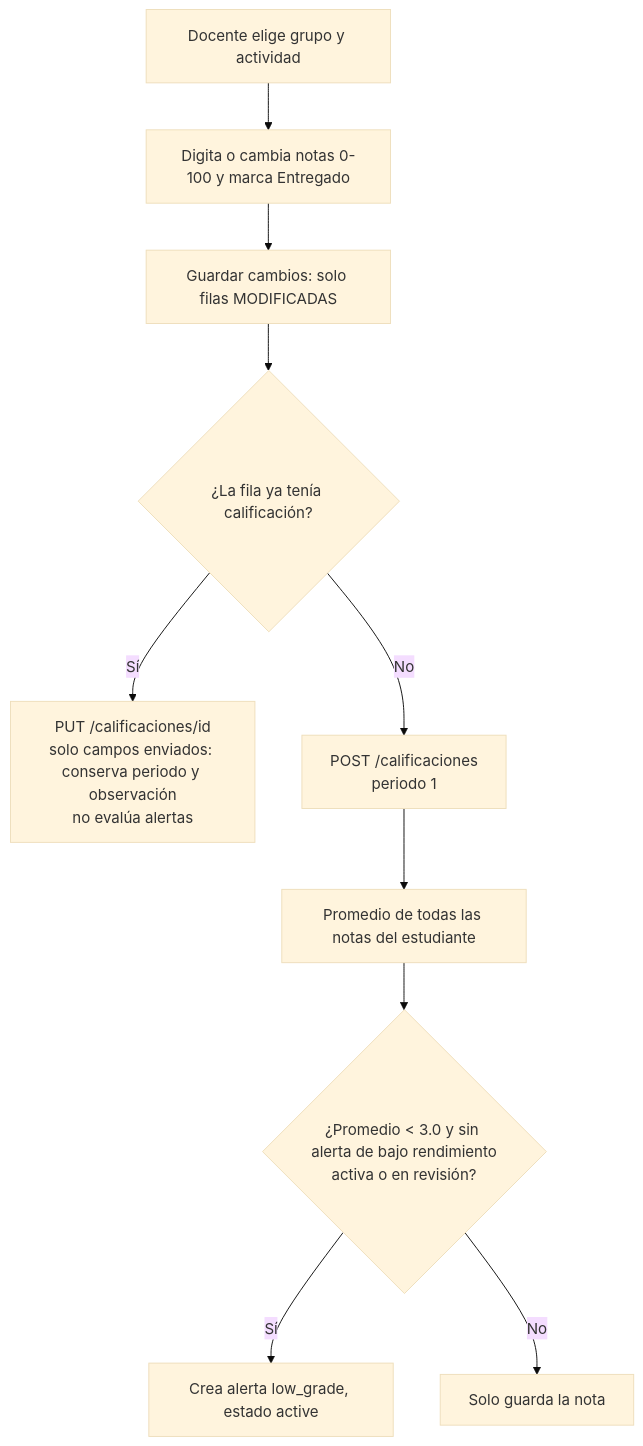
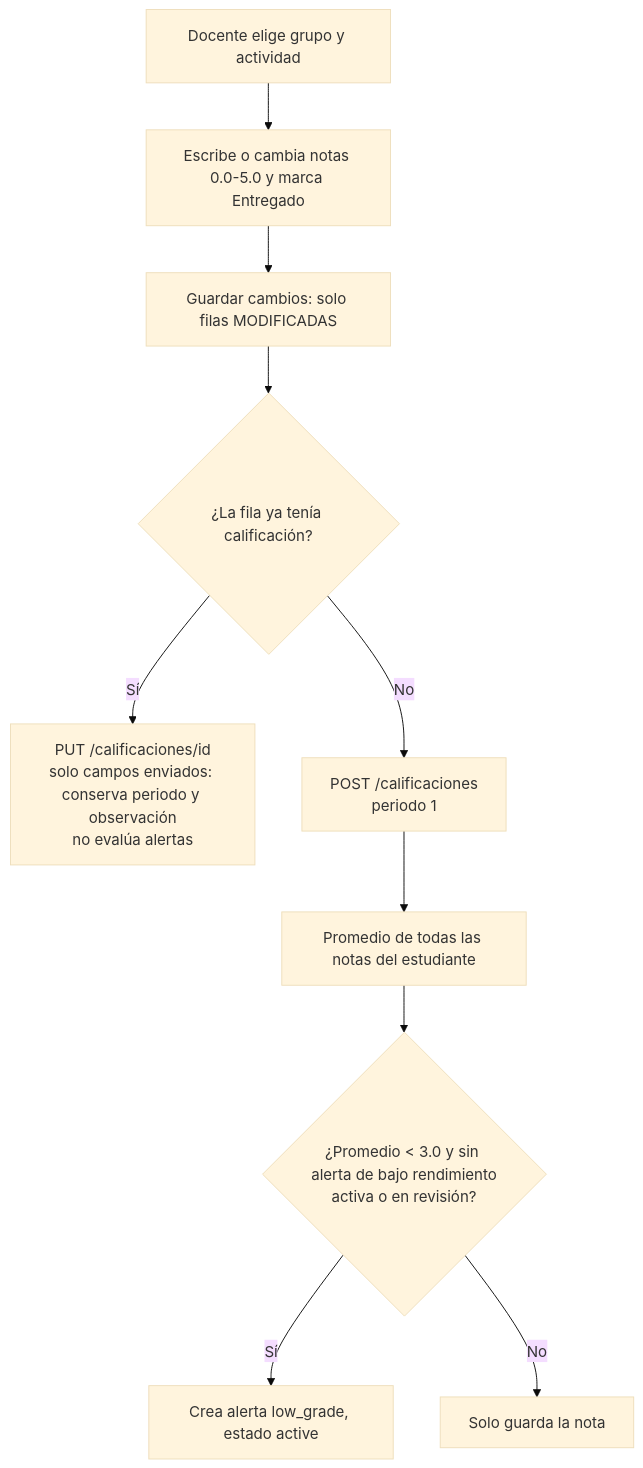
Before and after one commit to Jortiz0206/ClassKids_A: the second of 2 diagrams in Docs/diagramas/README.md, drawn with Mermaid (base theme). The commit also changed 273 other files, not shown here.

````diff
--- a/Docs/diagramas/README.md
+++ b/Docs/diagramas/README.md
@@ -106,12 +106,12 @@
 ```mermaid
 flowchart TD
-    A[Docente elige grupo y actividad] --> B[Digita o cambia notas 0-100 y marca Entregado]
+    A[Docente elige grupo y actividad] --> B[Escribe o cambia notas 0.0-5.0 y marca Entregado]
     B --> M[Guardar cambios: solo filas MODIFICADAS]
     M --> C{¿La fila ya tenía calificación?}
     C -- Sí --> D[PUT /calificaciones/id<br/>solo campos enviados: conserva periodo y observación<br/>no evalúa alertas]
     C -- No --> E[POST /calificaciones<br/>periodo 1]
     E --> F[Promedio de todas las notas del estudiante]
     F --> G{¿Promedio < 3.0 y sin alerta de bajo rendimiento<br/>activa o en revisión?}
     G -- Sí --> H[Crea alerta low_grade, estado active]
     G -- No --> I[Solo guarda la nota]
 ```
````
